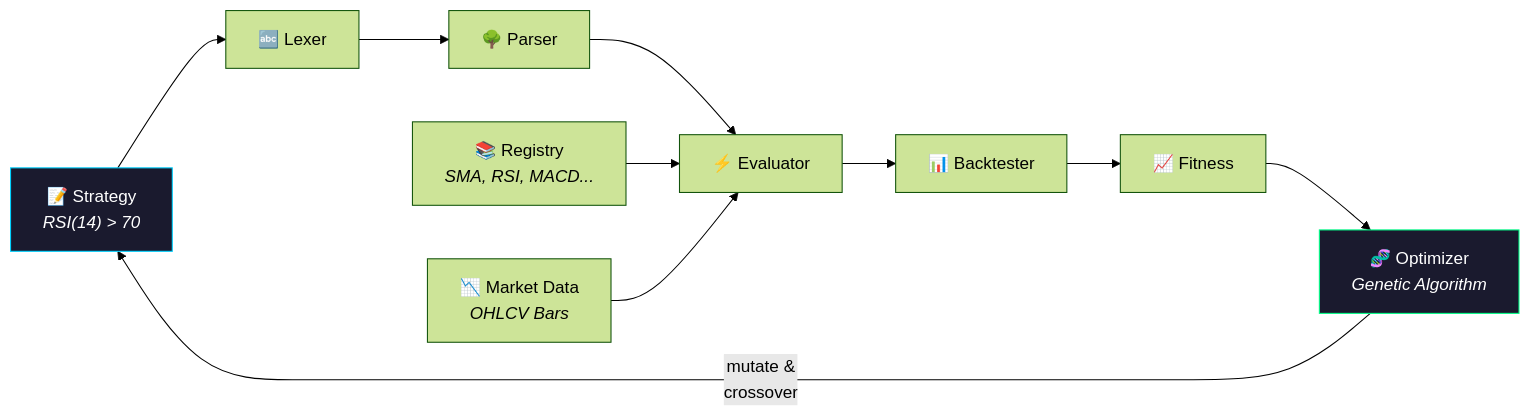
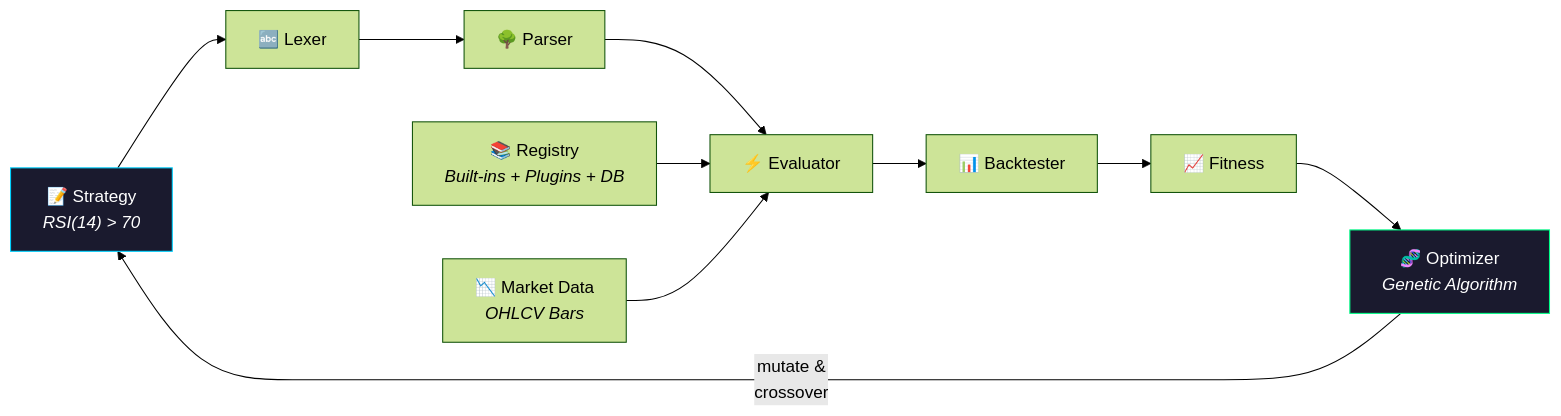
The diagram in README.md (racoya/stockstats-lecat), drawn with Mermaid (forest theme) before and after one commit. The commit also changed other lines of this file, not shown here.

````diff
--- a/README.md
+++ b/README.md
@@ -118,17 +153,17 @@
 ```mermaid
 graph LR
     A["📝 Strategy<br/><i>RSI(14) > 70</i>"] --> B["🔤 Lexer"]
     B --> C["🌳 Parser"]
     C --> D["⚡ Evaluator"]
     D --> E["📊 Backtester"]
     E --> F["📈 Fitness"]
 
-    G["📚 Registry<br/><i>SMA, RSI, MACD...</i>"] --> D
+    G["📚 Registry<br/><i>Built-ins + Plugins + DB</i>"] --> D
     H["📉 Market Data<br/><i>OHLCV Bars</i>"] --> D
 
     F --> I["🧬 Optimizer<br/><i>Genetic Algorithm</i>"]
     I -->|"mutate &<br/>crossover"| A
 
     style A fill:#1a1a2e,stroke:#00d2ff,color:#fff
     style I fill:#1a1a2e,stroke:#00ff88,color:#fff
 ```
````
